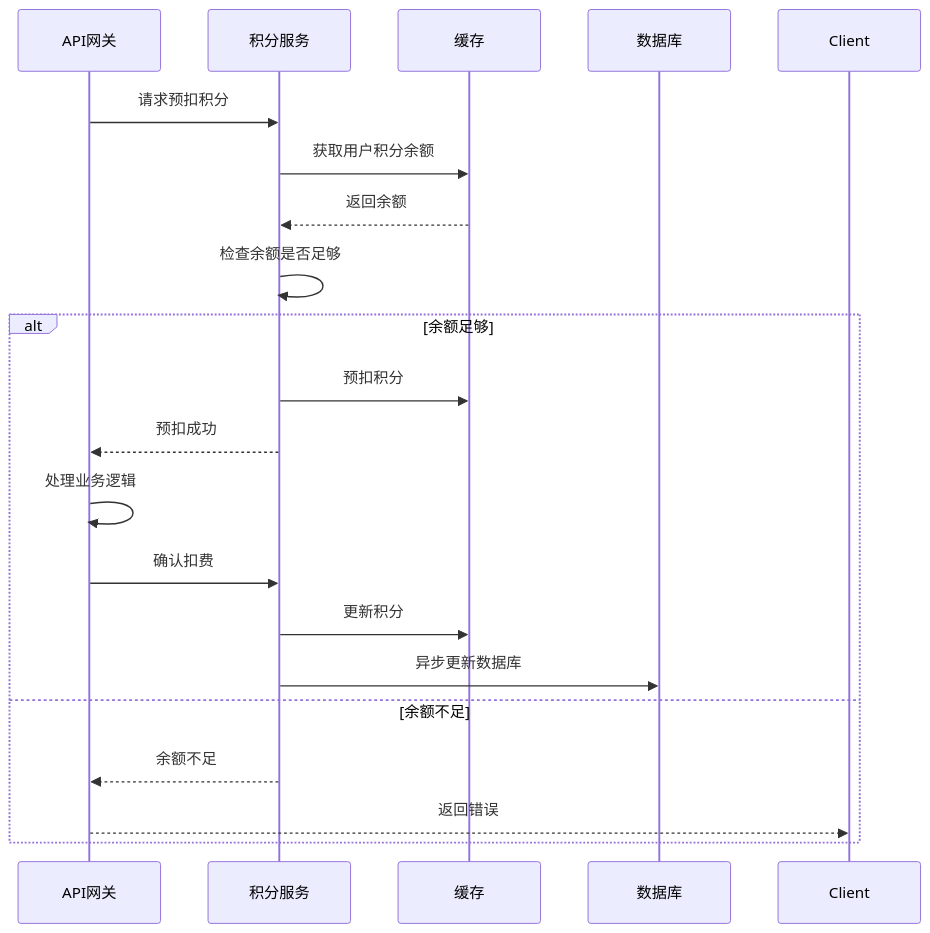
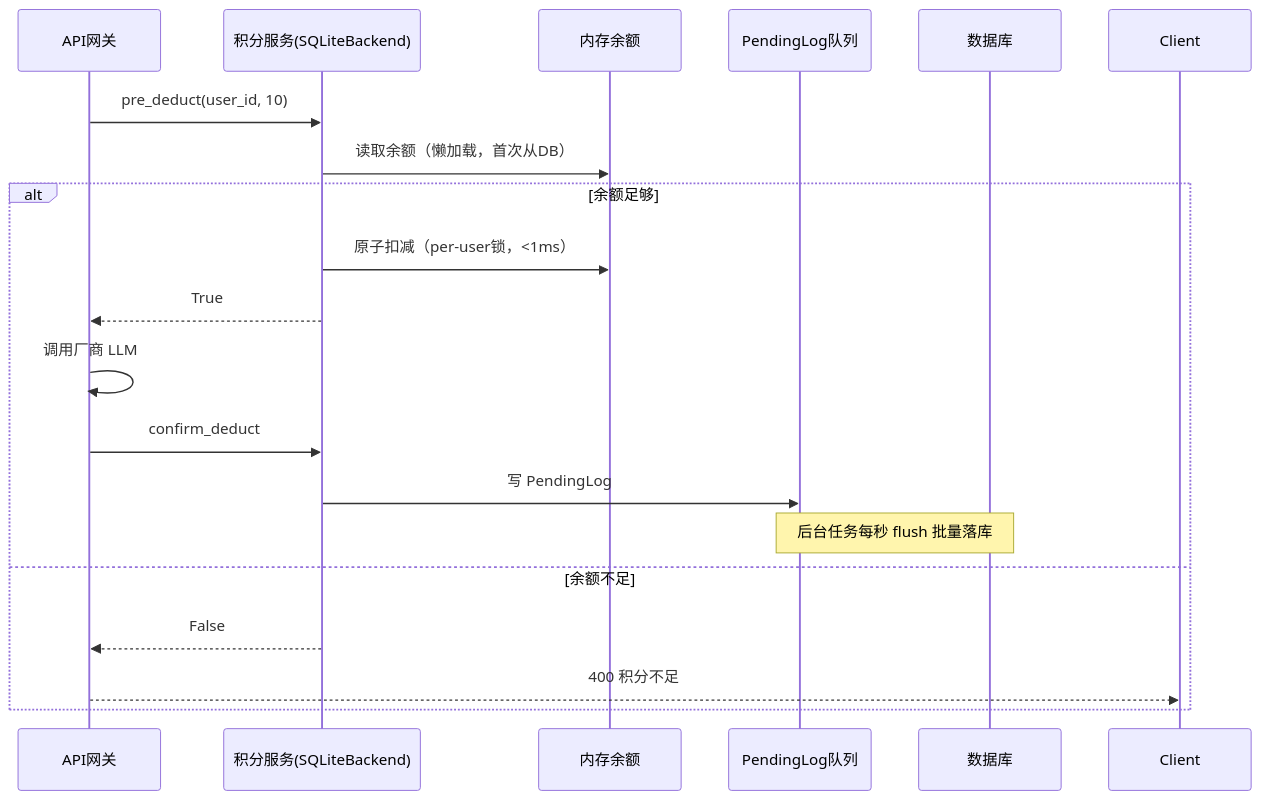
Before and after one commit to wang001/codingPlanShare: the fifth of 6 diagrams in tech-doc.md, drawn with Mermaid. The commit also changed other lines of this file and 8 other files, not shown here.

````diff
--- a/tech-doc.md
+++ b/tech-doc.md
@@ -775,23 +788,22 @@
 ```mermaid
 sequenceDiagram
     participant API as API网关
-    participant Points as 积分服务
-    participant Cache as 缓存
+    participant Points as 积分服务(SQLiteBackend)
+    participant Mem as 内存余额
+    participant Queue as PendingLog队列
     participant DB as 数据库
-    
-    API->>Points: 请求预扣积分
-    Points->>Cache: 获取用户积分余额
-    Cache-->>Points: 返回余额
-    Points->>Points: 检查余额是否足够
+
+    API->>Points: pre_deduct(user_id, 10)
+    Points->>Mem: 读取余额（懒加载，首次从DB）
     alt 余额足够
-        Points->>Cache: 预扣积分
-        Points-->>API: 预扣成功
-        API->>API: 处理业务逻辑
-        API->>Points: 确认扣费
-        Points->>Cache: 更新积分
-        Points->>DB: 异步更新数据库
+        Points->>Mem: 原子扣减（per-user锁，<1ms）
+        Points-->>API: True
+        API->>API: 调用厂商 LLM
+        API->>Points: confirm_deduct
+        Points->>Queue: 写 PendingLog
+        Note over Queue,DB: 后台任务每秒 flush 批量落库
     else 余额不足
-        Points-->>API: 余额不足
-        API-->>Client: 返回错误
+        Points-->>API: False
+        API-->>Client: 400 积分不足
     end
 ```
````
